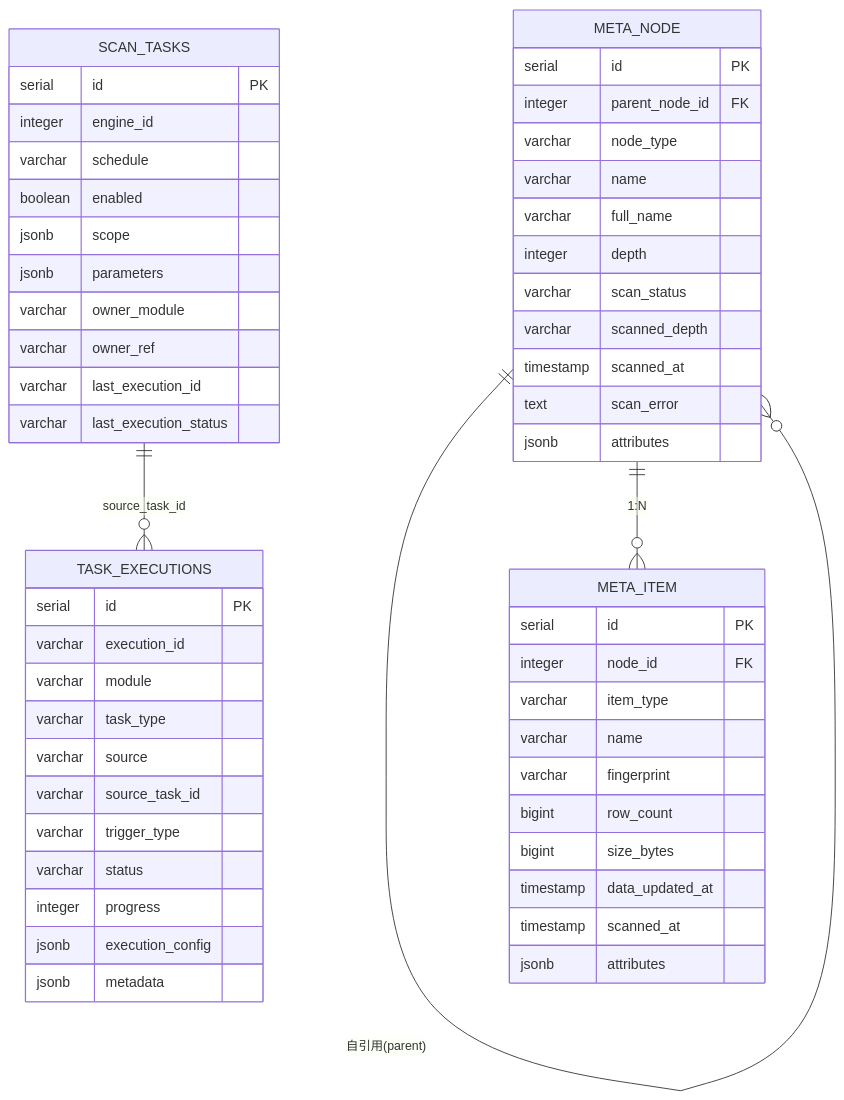
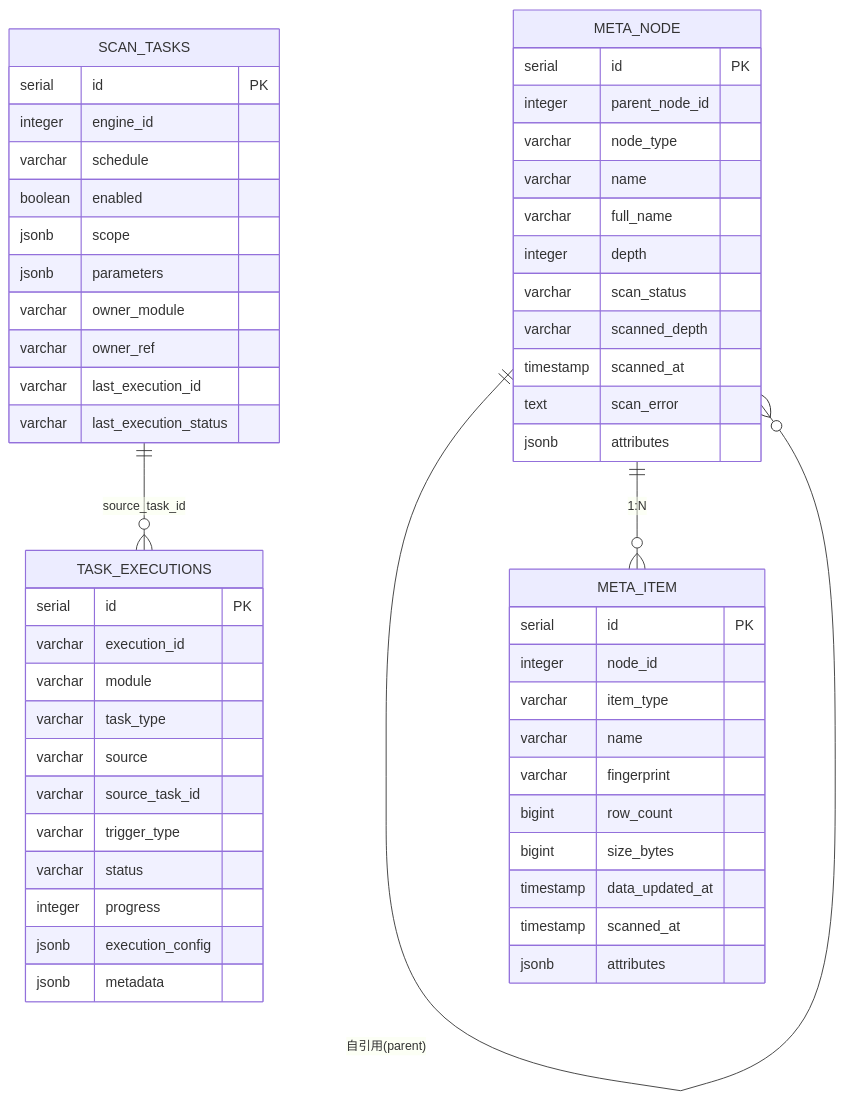
Before and after one commit to pampa0629/addp: the first of 2 diagrams in meta/docs/数据库架构.md, drawn with Mermaid. The commit also changed other lines of this file and 2 other files, not shown here.

Commit message:
docs(meta): separate storage architecture task semantics and historical notes

````diff
--- a/meta/docs/数据库架构.md
+++ b/meta/docs/数据库架构.md
@@ -31,60 +37,60 @@
 ```mermaid
 erDiagram
     META_NODE ||--o{ META_NODE : "自引用(parent)"
     META_NODE ||--o{ META_ITEM : "1:N"
     SCAN_TASKS ||--o{ TASK_EXECUTIONS : "source_task_id"
 
     META_NODE {
         serial id PK
-        integer parent_node_id FK
+        integer parent_node_id
         varchar node_type
         varchar name
         varchar full_name
         integer depth
         varchar scan_status
         varchar scanned_depth
         timestamp scanned_at
         text scan_error
         jsonb attributes
     }
 
     META_ITEM {
         serial id PK
-        integer node_id FK
+        integer node_id
         varchar item_type
         varchar name
         varchar fingerprint
         bigint row_count
         bigint size_bytes
         timestamp data_updated_at
         timestamp scanned_at
         jsonb attributes
     }
 
     SCAN_TASKS {
         serial id PK
         integer engine_id
         varchar schedule
         boolean enabled
         jsonb scope
         jsonb parameters
         varchar owner_module
         varchar owner_ref
         varchar last_execution_id
         varchar last_execution_status
     }
 
     TASK_EXECUTIONS {
         serial id PK
         varchar execution_id
         varchar module
         varchar task_type
         varchar source
         varchar source_task_id
         varchar trigger_type
         varchar status
         integer progress
         jsonb execution_config
         jsonb metadata
     }
 ```
````
